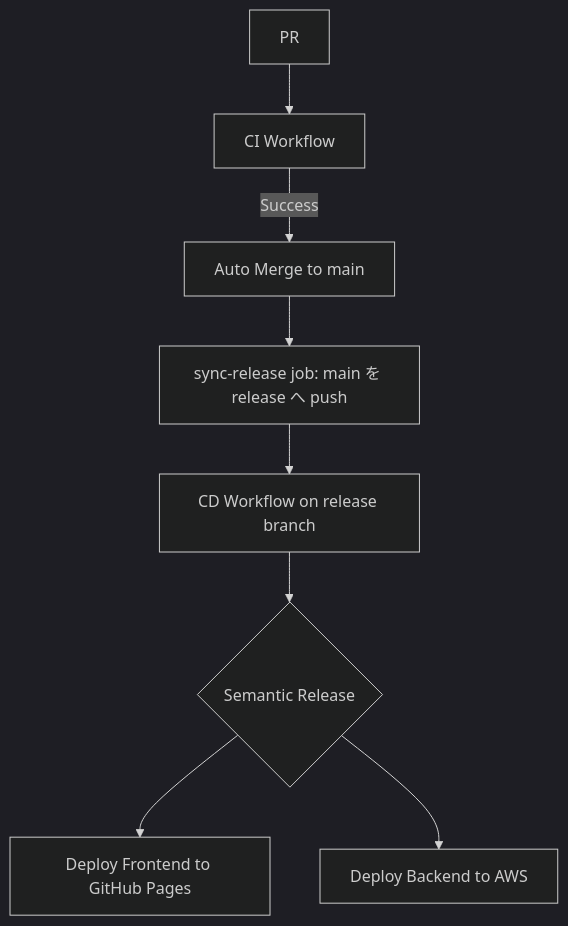
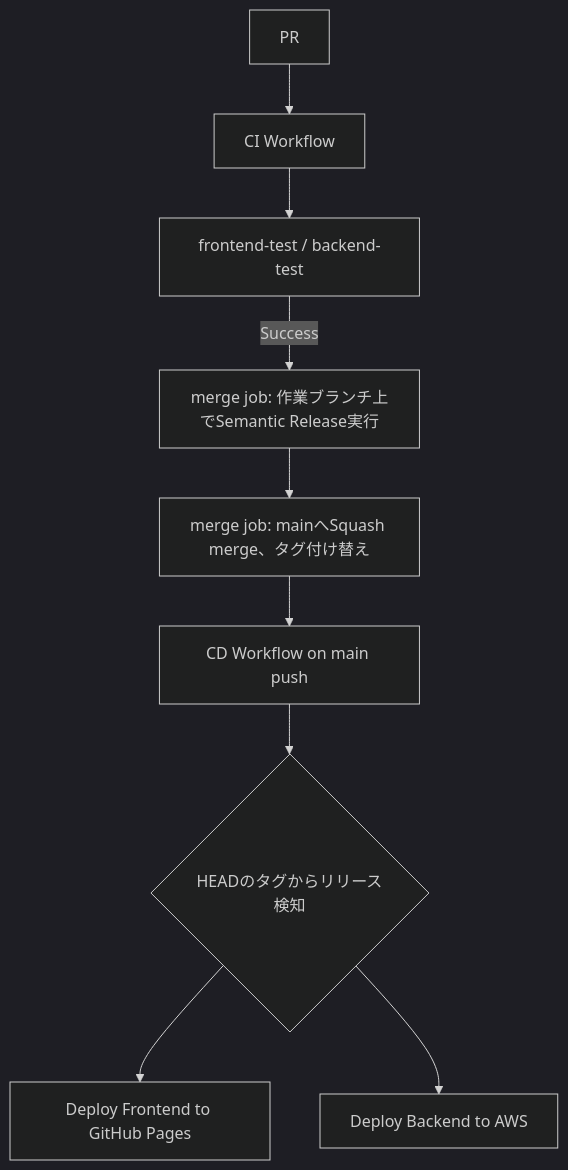
One commit to bamiyanapp/karuta changed the diagram in docs/cicd-pipeline-specification.md. Above: the diagram before and after it, drawn with Mermaid (dark theme). The commit also changed other lines of this file and 3 other files, not shown here.

````diff
--- a/docs/cicd-pipeline-specification.md
+++ b/docs/cicd-pipeline-specification.md
@@ -9,10 +9,11 @@
 ```mermaid
 graph TD
     A[PR] --> B[CI Workflow];
-    B -->|Success| C[Auto Merge to main];
-    C --> D[sync-release job: main を release へ push];
-    D --> E[CD Workflow on release branch];
-    E --> F{Semantic Release};
-    F --> G[Deploy Frontend to GitHub Pages];
-    F --> H[Deploy Backend to AWS];
+    B --> C[frontend-test / backend-test];
+    C -->|Success| D[merge job: 作業ブランチ上でSemantic Release実行];
+    D --> E[merge job: mainへSquash merge、タグ付け替え];
+    E --> F[CD Workflow on main push];
+    F --> G{HEADのタグからリリース検知};
+    G --> H[Deploy Frontend to GitHub Pages];
+    G --> I[Deploy Backend to AWS];
 ```
````
